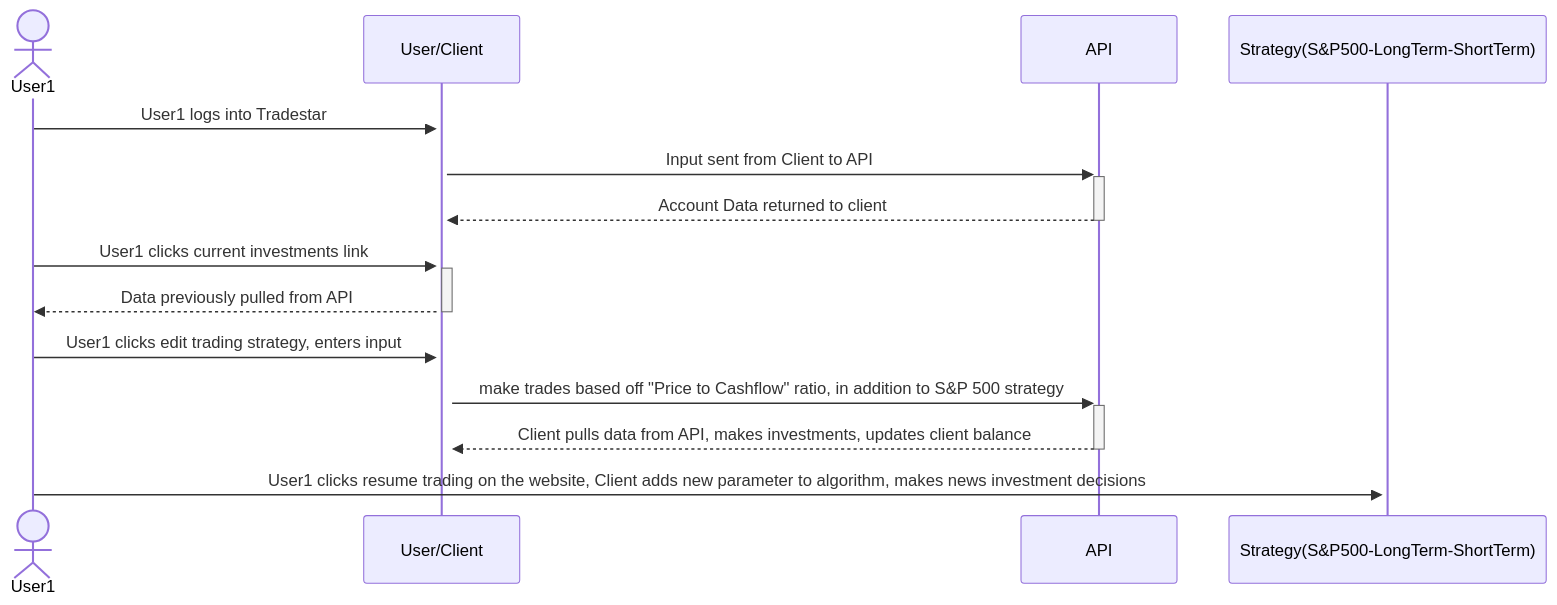
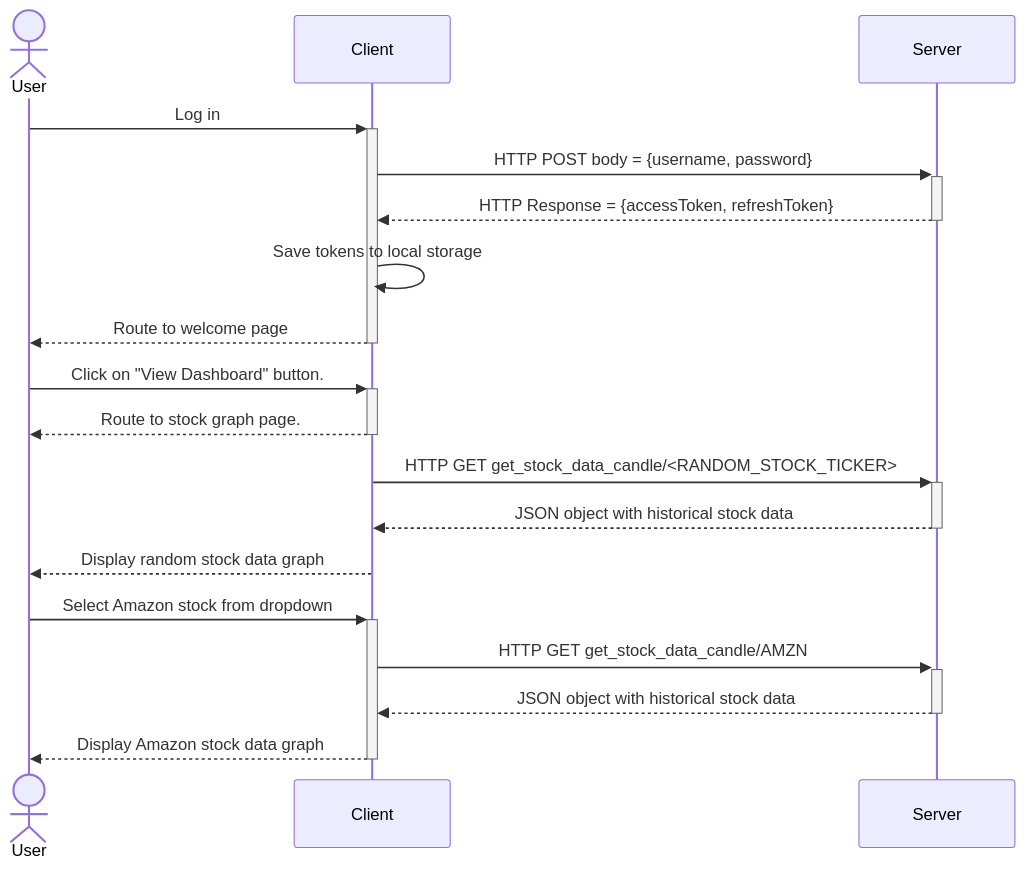
One commit to Capstone-Projects-2023-Spring/project-algorithmic-trading changed the sixth of 9 diagrams in documentation/docs/system-architecture/design.md. Above: the diagram before and after it, drawn with Mermaid. The commit also changed other lines of this file, not shown here.

Commit message:
Change first sequence diagram. Change order of database ER diagram.

````diff
--- a/documentation/docs/system-architecture/design.md
+++ b/documentation/docs/system-architecture/design.md
@@ -260,17 +325,20 @@
 ```mermaid
 sequenceDiagram
-    actor User1
-    participant User/Client
-    participant API
-    participant Strategy(S&P500-LongTerm-ShortTerm)
-    User1 ->>+ User/Client: User1 logs into Tradestar
-    User/Client ->>+ API: Input sent from Client to API
-    API -->>- User/Client: Account Data returned to client
-    User1 ->>+ User/Client: User1 clicks current investments link
-    User/Client -->>- User1: Data previously pulled from API
-    User1 ->>+ User/Client: User1 clicks edit trading strategy, enters input
-    User/Client ->>+ API: make trades based off "Price to Cashflow" ratio, in addition to S&P 500 strategy
-    API -->>- User/Client: Client pulls data from API, makes investments, updates client balance
-    User1 ->>+ Strategy(S&P500-LongTerm-ShortTerm): User1 clicks resume trading on the website, Client adds new parameter to algorithm, makes news investment decisions
-
+    actor User
+    participant Client
+    participant Server
+    User ->>+ Client: Log in
+    Client ->>+ Server: HTTP POST body = {username, password}
+    Server -->>- Client: HTTP Response = {accessToken, refreshToken}
+    Client ->> Client: Save tokens to local storage
+    Client -->>- User: Route to welcome page
+    User ->>+ Client: Click on "View Dashboard" button.
+    Client -->>- User: Route to stock graph page.
+    Client ->>+ Server: HTTP GET get_stock_data_candle/<RANDOM_STOCK_TICKER>
+    Server -->>- Client: JSON object with historical stock data
+    Client -->> User: Display random stock data graph
+    User ->>+ Client: Select Amazon stock from dropdown
+    Client ->>+ Server: HTTP GET get_stock_data_candle/AMZN
+    Server -->>- Client: JSON object with historical stock data
+    Client -->>- User: Display Amazon stock data graph
 ```
````
